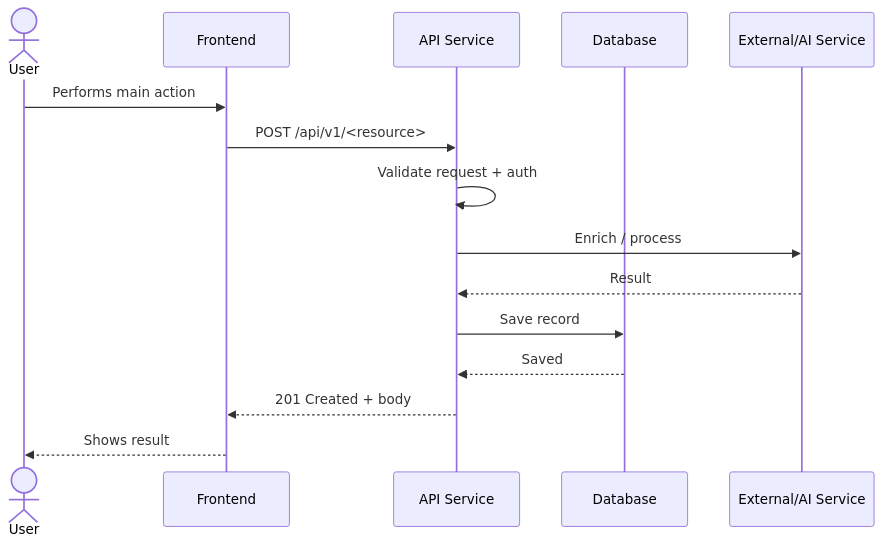
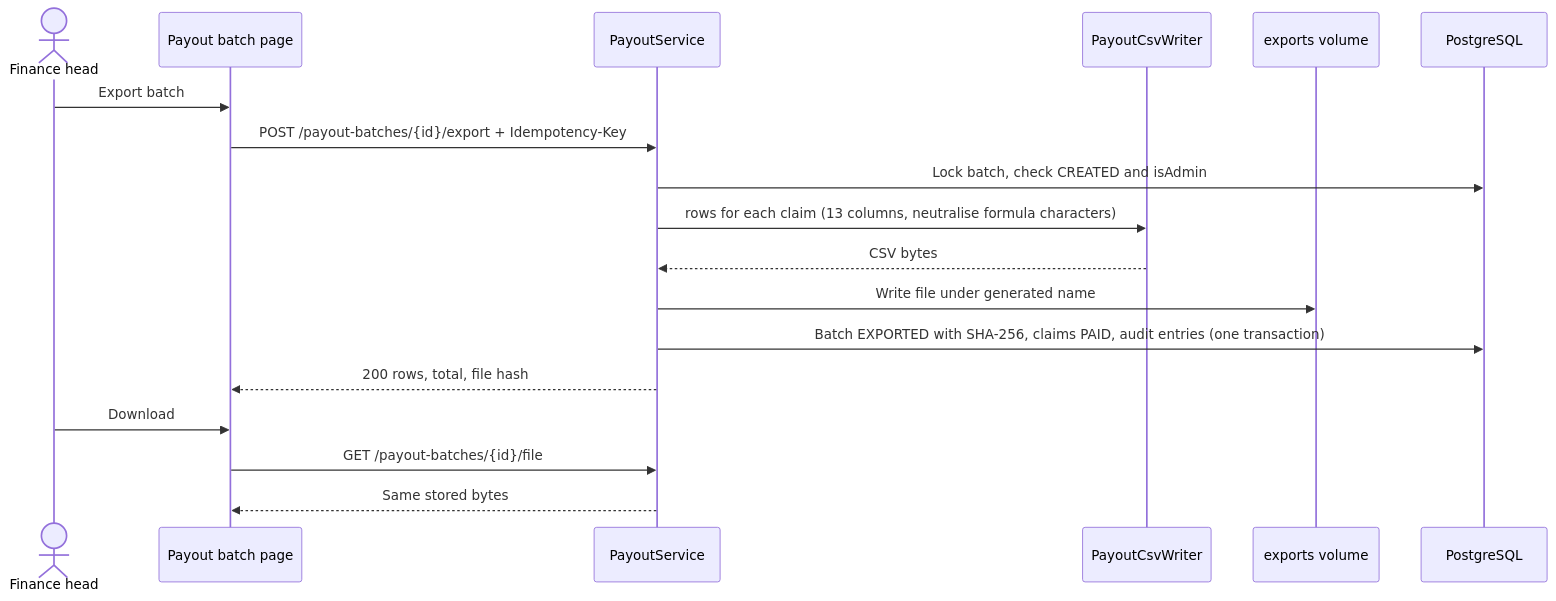
The seventh of 8 diagrams in architecture/architecture-diagram.md (JayaMadhuriKaki/Hackathon---Team2), drawn with Mermaid before and after one commit. The commit also changed other lines of this file and 14 other files, not shown here.

````diff
--- a/architecture/architecture-diagram.md
+++ b/architecture/architecture-diagram.md
@@ -38,18 +228,21 @@
 ```mermaid
 sequenceDiagram
-    actor U as User
-    participant FE as Frontend
-    participant API as API Service
-    participant DB as Database
-    participant EXT as External/AI Service
+    actor F as Finance head
+    participant FE as Payout batch page
+    participant PS as PayoutService
+    participant CW as PayoutCsvWriter
+    participant EV as exports volume
+    participant DB as PostgreSQL
 
-    U->>FE: Performs main action
-    FE->>API: POST /api/v1/<resource>
-    API->>API: Validate request + auth
-    API->>EXT: Enrich / process
-    EXT-->>API: Result
-    API->>DB: Save record
-    DB-->>API: Saved
-    API-->>FE: 201 Created + body
-    FE-->>U: Shows result
+    F->>FE: Export batch
+    FE->>PS: POST /payout-batches/{id}/export + Idempotency-Key
+    PS->>DB: Lock batch, check CREATED and isAdmin
+    PS->>CW: rows for each claim (13 columns, neutralise formula characters)
+    CW-->>PS: CSV bytes
+    PS->>EV: Write file under generated name
+    PS->>DB: Batch EXPORTED with SHA-256, claims PAID, audit entries (one transaction)
+    PS-->>FE: 200 rows, total, file hash
+    F->>FE: Download
+    FE->>PS: GET /payout-batches/{id}/file
+    PS-->>FE: Same stored bytes
 ```
````
